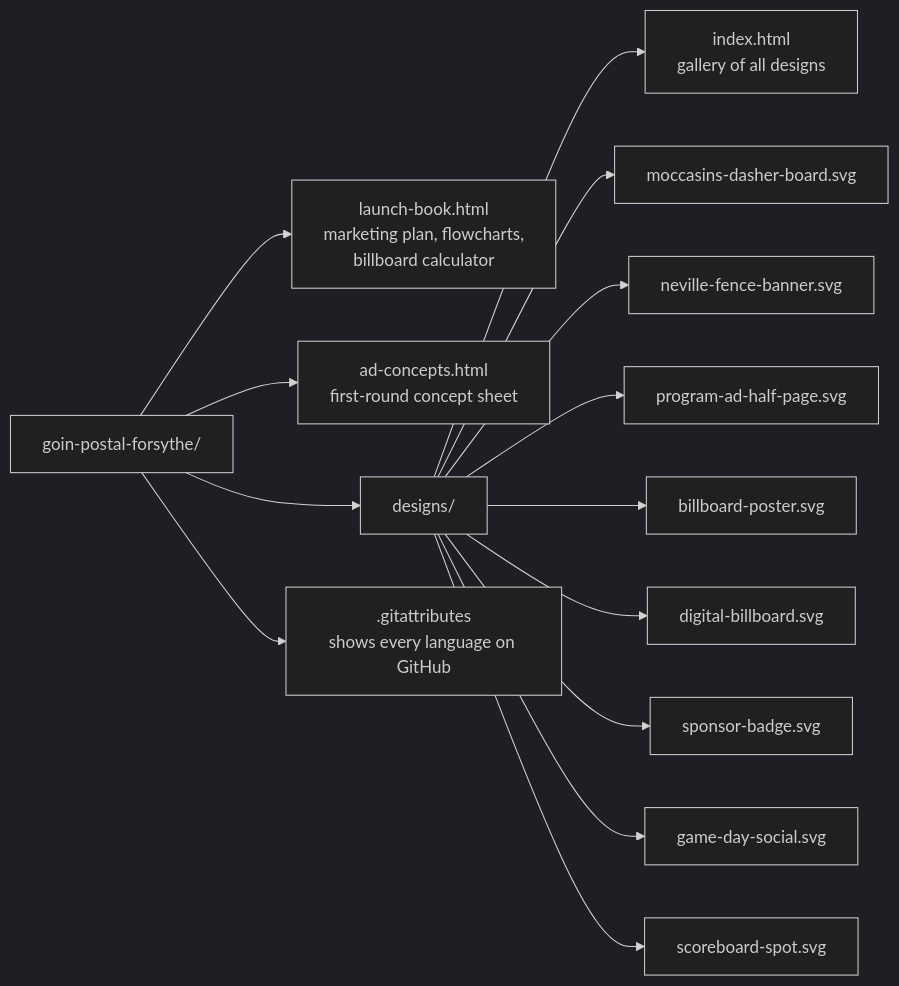
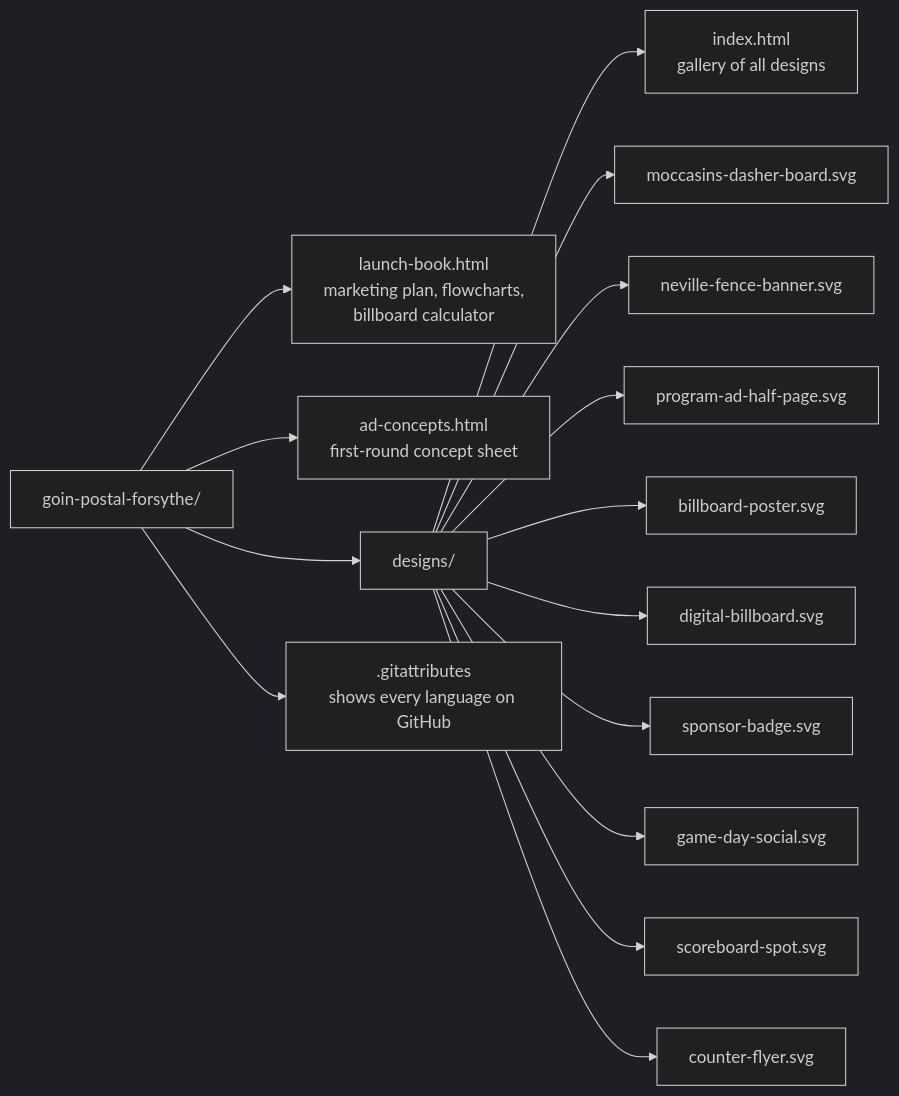
Before and after one commit to wbp318/goin-postal-forsythe: the first of 7 diagrams in README.md, drawn with Mermaid (dark theme). The commit also changed other lines of this file and 2 other files, not shown here.

Commit message:
Add counter flyer design
Letter-size store counter flyer in the shipping-label style, with blanks
for hours and phone. Added to the designs gallery and README.

````diff
--- a/README.md
+++ b/README.md
@@ -16,16 +16,17 @@
 ```mermaid
 flowchart LR
   R["goin-postal-forsythe/"] --> A["launch-book.html<br/>marketing plan, flowcharts,<br/>billboard calculator"]
   R --> B["ad-concepts.html<br/>first-round concept sheet"]
   R --> D["designs/"]
   R --> G[".gitattributes<br/>shows every language on GitHub"]
   D --> D0["index.html<br/>gallery of all designs"]
   D --> D1["moccasins-dasher-board.svg"]
   D --> D2["neville-fence-banner.svg"]
   D --> D3["program-ad-half-page.svg"]
   D --> D4["billboard-poster.svg"]
   D --> D5["digital-billboard.svg"]
   D --> D6["sponsor-badge.svg"]
   D --> D7["game-day-social.svg"]
   D --> D8["scoreboard-spot.svg"]
+  D --> D9["counter-flyer.svg"]
 ```
````
